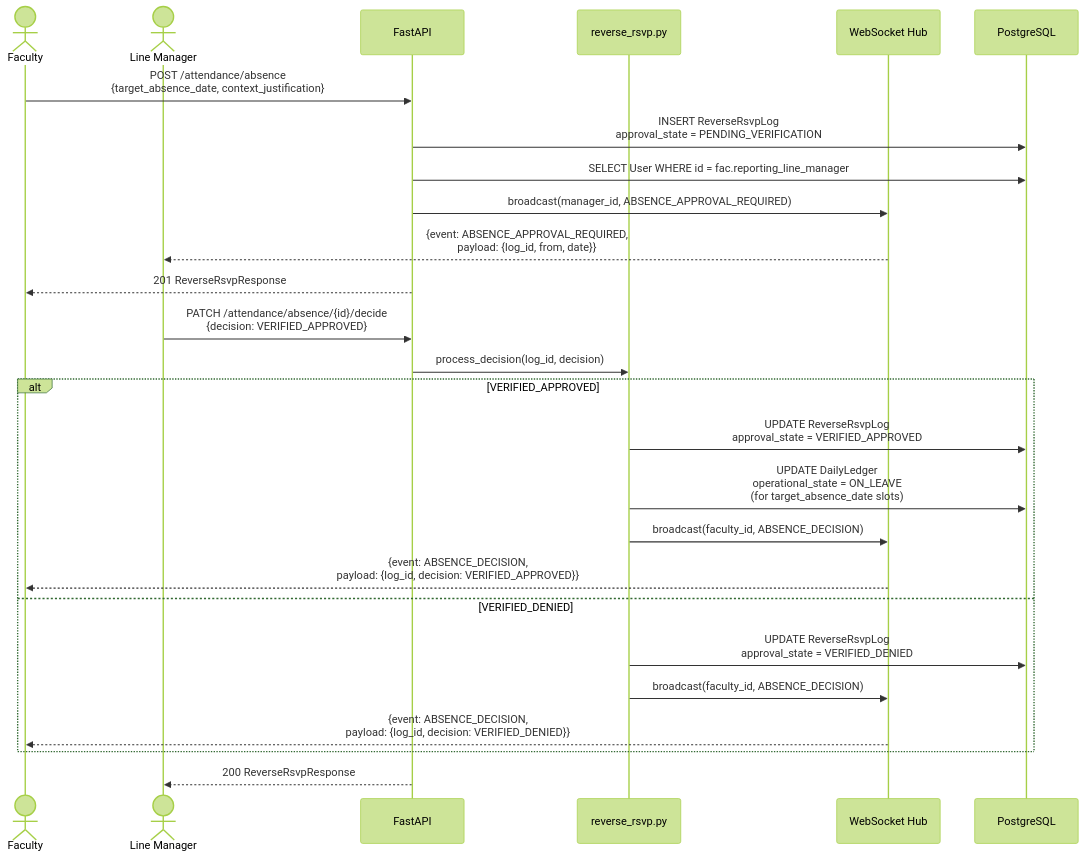
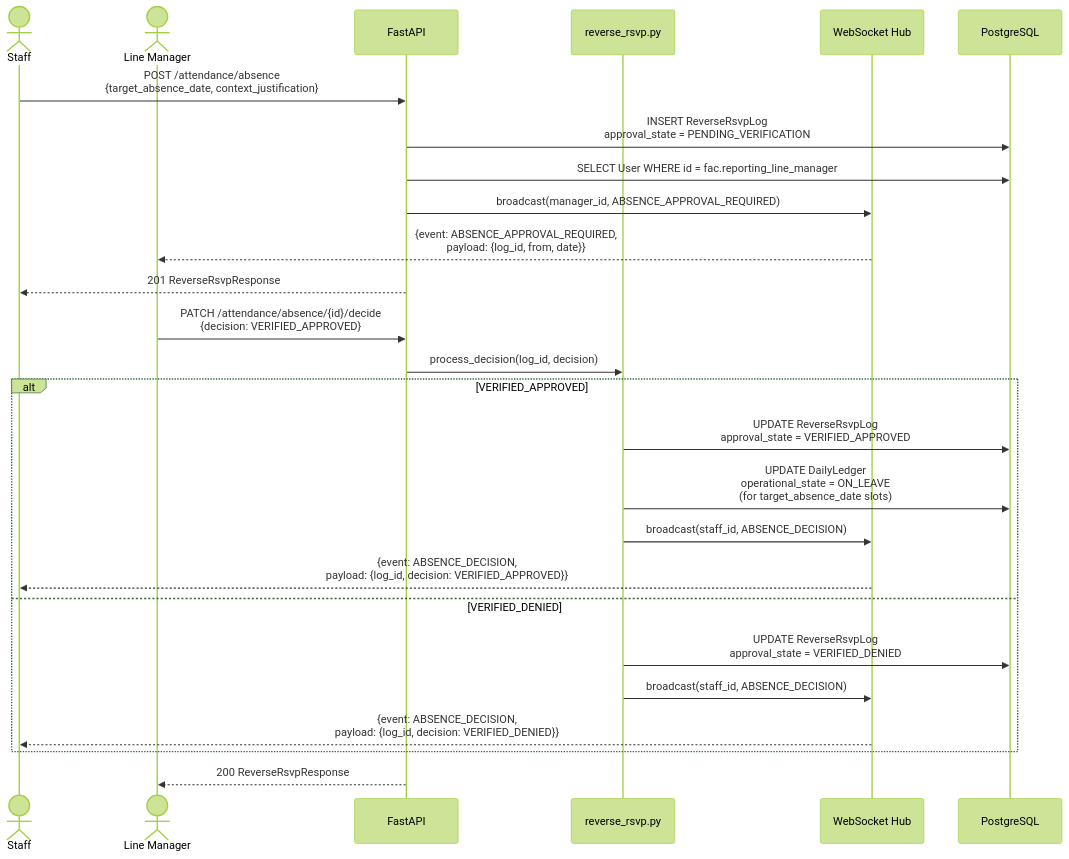
Before and after one commit to Life-Experimentalist/Chronos-Ledger: the second of 4 diagrams in docs/flows.md, drawn with Mermaid (forest theme). The commit also changed other lines of this file and 17 other files, not shown here.

````diff
--- a/docs/flows.md
+++ b/docs/flows.md
@@ -56,32 +56,32 @@
 ```mermaid
 sequenceDiagram
-    actor Fac as Faculty
+    actor Fac as Staff
     actor Mgr as Line Manager
     participant API as FastAPI
     participant RSVP as reverse_rsvp.py
     participant WS as WebSocket Hub
     participant DB as PostgreSQL
 
     Fac->>API: POST /attendance/absence<br/>{target_absence_date, context_justification}
     API->>DB: INSERT ReverseRsvpLog<br/>approval_state = PENDING_VERIFICATION
     API->>DB: SELECT User WHERE id = fac.reporting_line_manager
     API->>WS: broadcast(manager_id, ABSENCE_APPROVAL_REQUIRED)
     WS-->>Mgr: {event: ABSENCE_APPROVAL_REQUIRED,<br/>payload: {log_id, from, date}}
     API-->>Fac: 201 ReverseRsvpResponse
 
     Mgr->>API: PATCH /attendance/absence/{id}/decide<br/>{decision: VERIFIED_APPROVED}
     API->>RSVP: process_decision(log_id, decision)
 
     alt VERIFIED_APPROVED
         RSVP->>DB: UPDATE ReverseRsvpLog<br/>approval_state = VERIFIED_APPROVED
         RSVP->>DB: UPDATE DailyLedger<br/>operational_state = ON_LEAVE<br/>(for target_absence_date slots)
-        RSVP->>WS: broadcast(faculty_id, ABSENCE_DECISION)
+        RSVP->>WS: broadcast(staff_id, ABSENCE_DECISION)
         WS-->>Fac: {event: ABSENCE_DECISION,<br/>payload: {log_id, decision: VERIFIED_APPROVED}}
     else VERIFIED_DENIED
         RSVP->>DB: UPDATE ReverseRsvpLog<br/>approval_state = VERIFIED_DENIED
-        RSVP->>WS: broadcast(faculty_id, ABSENCE_DECISION)
+        RSVP->>WS: broadcast(staff_id, ABSENCE_DECISION)
         WS-->>Fac: {event: ABSENCE_DECISION,<br/>payload: {log_id, decision: VERIFIED_DENIED}}
     end
 
     API-->>Mgr: 200 ReverseRsvpResponse
 ```
````
